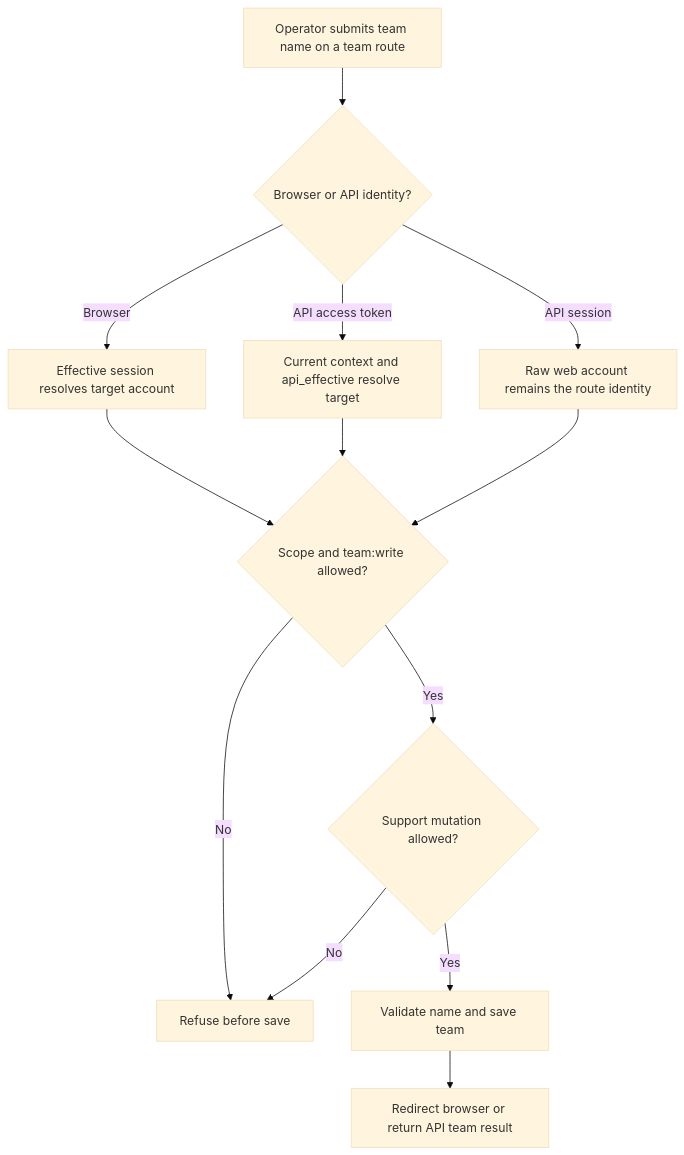
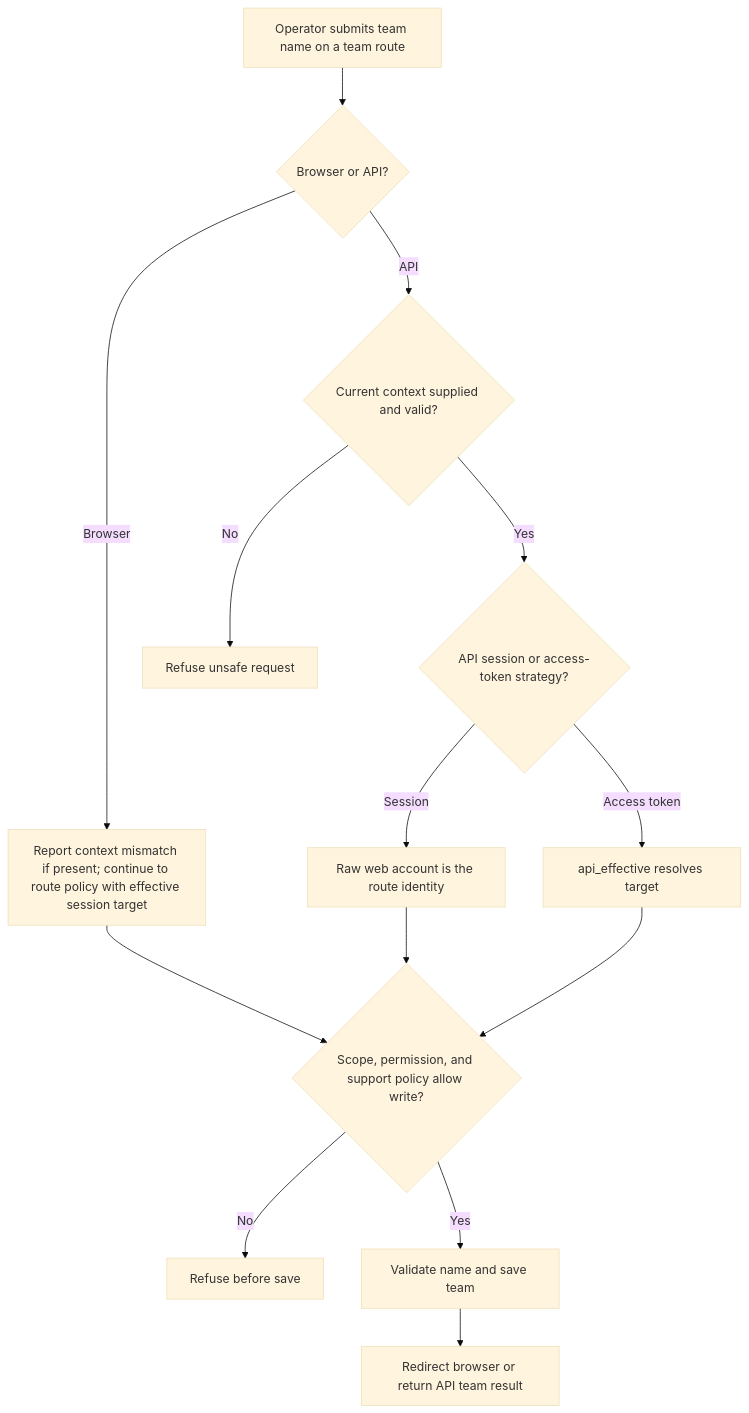
One commit to Kevinjohn/oss-adonisjs-starter-examples changed the first of 2 diagrams in user-stories/support/us-masq-03-rename-team-as-target.md. Above: the diagram before and after it, drawn with Mermaid (base theme). The commit also changed other lines of this file and 5 other files, not shown here.

````diff
--- a/user-stories/support/us-masq-03-rename-team-as-target.md
+++ b/user-stories/support/us-masq-03-rename-team-as-target.md
@@ -27,15 +28,16 @@
 ```mermaid
 flowchart TD
-    A["Operator submits team name on a team route"] --> B{"Browser or API identity?"}
-    B -->|Browser| C["Effective session resolves target account"]
-    B -->|API access token| D["Current context and api_effective resolve target"]
-    B -->|API session| E["Raw web account remains the route identity"]
-    C --> F{"Scope and team:write allowed?"}
-    D --> F
-    E --> F
-    F -->|No| G["Refuse before save"]
-    F -->|Yes| H{"Support mutation allowed?"}
-    H -->|No| G
-    H -->|Yes| I["Validate name and save team"]
-    I --> J["Redirect browser or return API team result"]
+    A["Operator submits team name on a team route"] --> B{"Browser or API?"}
+    B -->|Browser| C["Report context mismatch if present; continue to route policy with effective session target"]
+    B -->|API| D{"Current context supplied and valid?"}
+    D -->|No| E["Refuse unsafe request"]
+    D -->|Yes| F{"API session or access-token strategy?"}
+    F -->|Session| G["Raw web account is the route identity"]
+    F -->|Access token| H["api_effective resolves target"]
+    C --> I{"Scope, permission, and support policy allow write?"}
+    G --> I
+    H --> I
+    I -->|No| J["Refuse before save"]
+    I -->|Yes| K["Validate name and save team"]
+    K --> L["Redirect browser or return API team result"]
 ```
````
